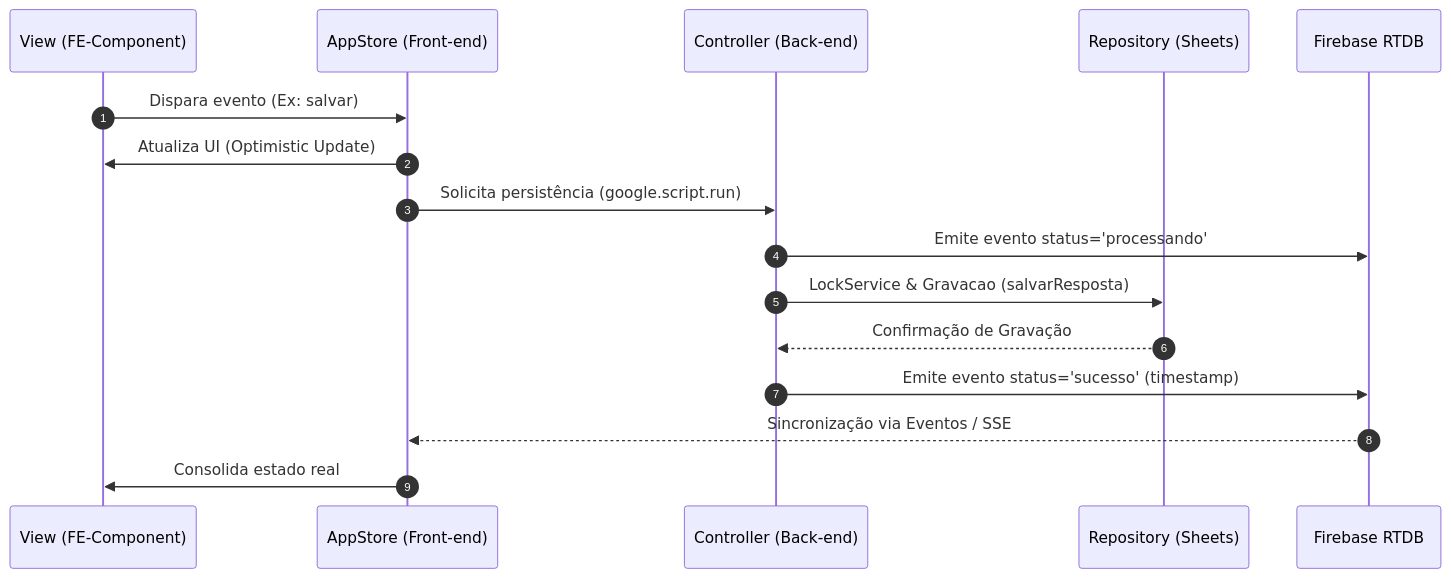
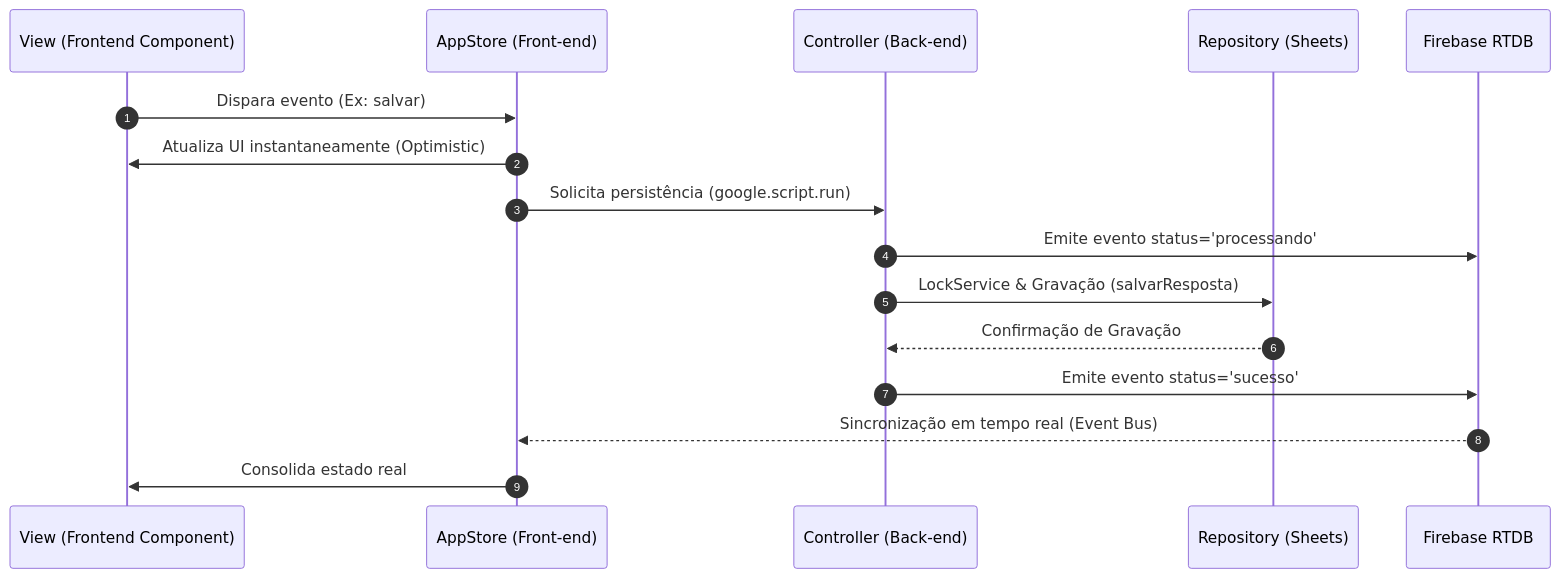
Before and after one commit to techsiprepare/response-lifecycle-management: the diagram in README.md, drawn with Mermaid. The commit also changed other lines of this file, not shown here.

````diff
--- a/README.md
+++ b/README.md
@@ -37,20 +43,19 @@
 ```mermaid
 sequenceDiagram
     autonumber
-    participant UI as View (FE-Component)
+    participant UI as View (Frontend Component)
     participant Store as AppStore (Front-end)
     participant GAS as Controller (Back-end)
     participant Repos as Repository (Sheets)
     participant DB as Firebase RTDB
 
     UI->>Store: Dispara evento (Ex: salvar)
-    Store->>UI: Atualiza UI (Optimistic Update)
+    Store->>UI: Atualiza UI instantaneamente (Optimistic)
     Store->>GAS: Solicita persistência (google.script.run)
     GAS->>DB: Emite evento status='processando'
-    GAS->>Repos: LockService & Gravacao (salvarResposta)
+    GAS->>Repos: LockService & Gravação (salvarResposta)
     Repos-->>GAS: Confirmação de Gravação
-    GAS->>DB: Emite evento status='sucesso' (timestamp)
-    DB-->>Store: Sincronização via Eventos / SSE
+    GAS->>DB: Emite evento status='sucesso'
+    DB-->>Store: Sincronização em tempo real (Event Bus)
     Store->>UI: Consolida estado real
-
 ```
````
